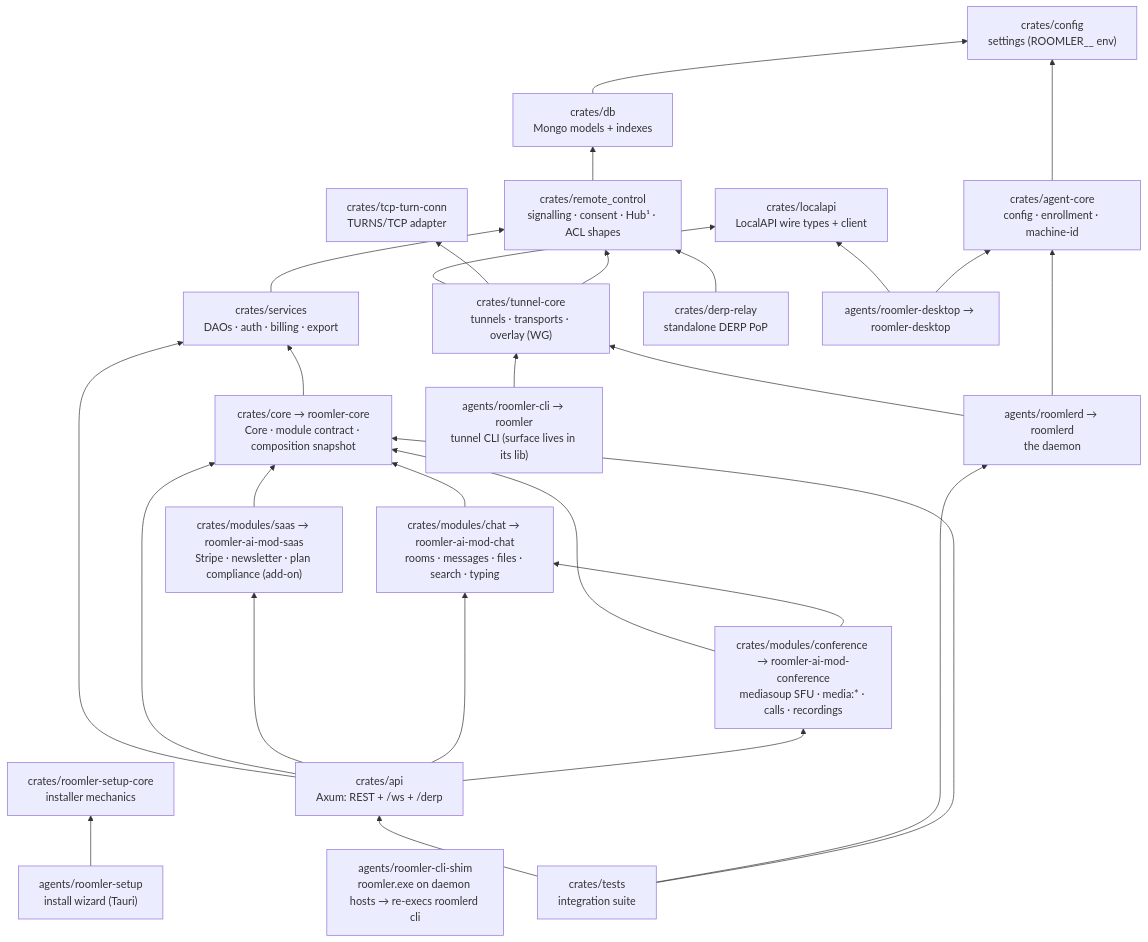
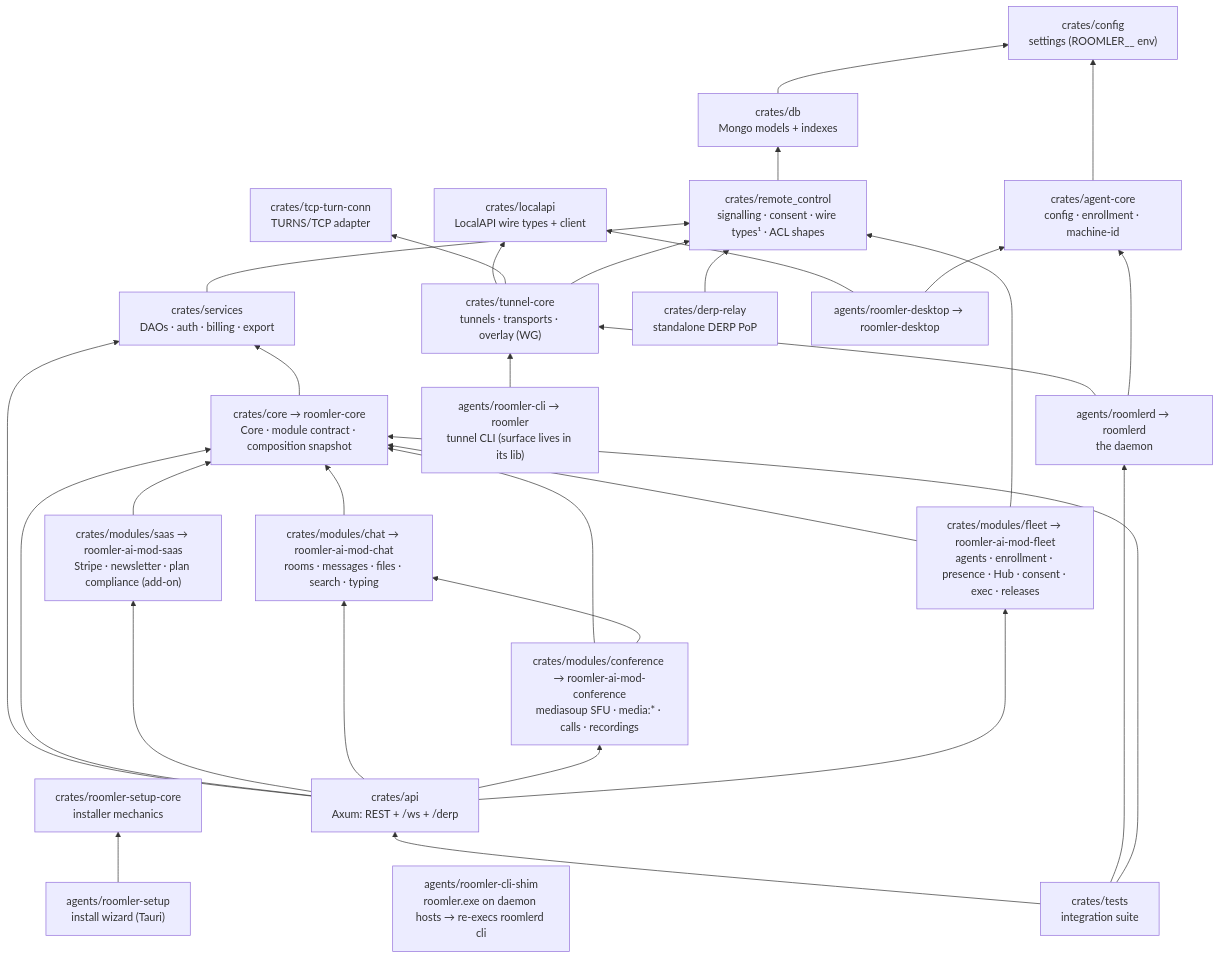
Before and after one commit to gjovanov/roomler-ai: the third of 4 diagrams in docs/architecture.md, drawn with Mermaid. The commit also changed other lines of this file and 3 other files, not shown here.

Commit message:
docs(fr): FR-69 — P5a in the spec, the ledger, the crate map, the rules and the architecture map (#1307)

````diff
--- a/docs/architecture.md
+++ b/docs/architecture.md
@@ -100,44 +100,46 @@
 ```mermaid
 flowchart BT
     config["crates/config<br/>settings (ROOMLER__ env)"]
     db["crates/db<br/>Mongo models + indexes"]
     core["crates/core → roomler-core<br/>Core · module contract · composition snapshot"]
     saas["crates/modules/saas → roomler-ai-mod-saas<br/>Stripe · newsletter · plan compliance (add-on)"]
     chat["crates/modules/chat → roomler-ai-mod-chat<br/>rooms · messages · files · search · typing"]
     conference["crates/modules/conference → roomler-ai-mod-conference<br/>mediasoup SFU · media:* · calls · recordings"]
-    rc["crates/remote_control<br/>signalling · consent · Hub¹ · ACL shapes"]
+    fleet["crates/modules/fleet → roomler-ai-mod-fleet<br/>agents · enrollment · presence · Hub · consent · exec · releases"]
+    rc["crates/remote_control<br/>signalling · consent · wire types¹ · ACL shapes"]
     services["crates/services<br/>DAOs · auth · billing · export"]
     api["crates/api<br/>Axum: REST + /ws + /derp"]
     tests["crates/tests<br/>integration suite"]
 
     localapi["crates/localapi<br/>LocalAPI wire types + client"]
     agentcore["crates/agent-core<br/>config · enrollment · machine-id"]
     tunnelcore["crates/tunnel-core<br/>tunnels · transports · overlay (WG)"]
     tcpturn["crates/tcp-turn-conn<br/>TURNS/TCP adapter"]
     derprelay["crates/derp-relay<br/>standalone DERP PoP"]
     setupcore["crates/roomler-setup-core<br/>installer mechanics"]
 
     roomlerd["agents/roomlerd → roomlerd<br/>the daemon"]
     tunnel["agents/roomler-cli → roomler<br/>tunnel CLI (surface lives in its lib)"]
     shim["agents/roomler-cli-shim<br/>roomler.exe on daemon hosts → re-execs roomlerd cli"]
     tray["agents/roomler-desktop → roomler-desktop"]
     setup["agents/roomler-setup<br/>install wizard (Tauri)"]
 
     db --> config
     core --> services
     saas --> core
     chat --> core
     conference --> core & chat
+    fleet --> core & rc
     rc --> db
     services --> rc
-    api --> services & core & saas & chat & conference
+    api --> services & core & saas & chat & conference & fleet
     tests --> api & roomlerd & core
 
     tunnelcore --> localapi & tcpturn & rc
     agentcore --> config
     roomlerd --> tunnelcore & agentcore
     tunnel --> tunnelcore
     tray --> localapi & agentcore
     setup --> setupcore
     derprelay --> rc
 ```
````
